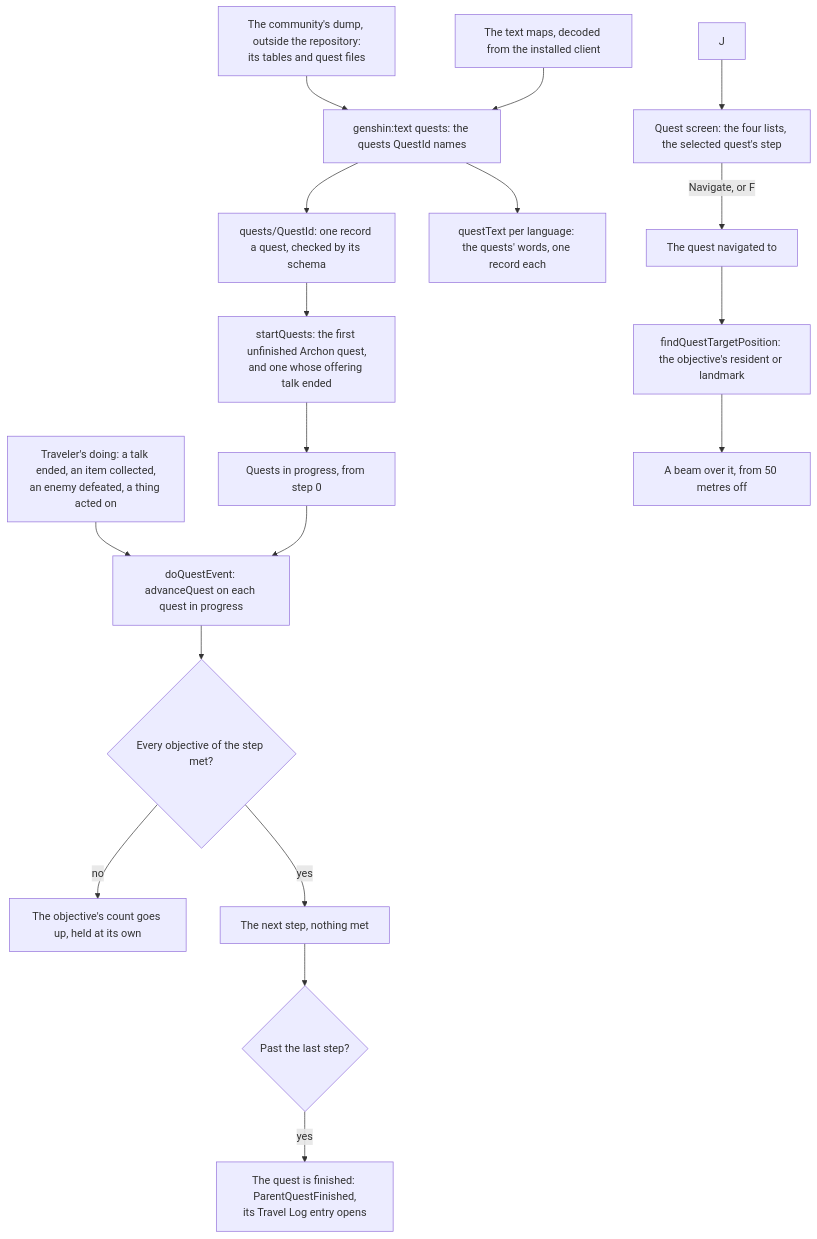
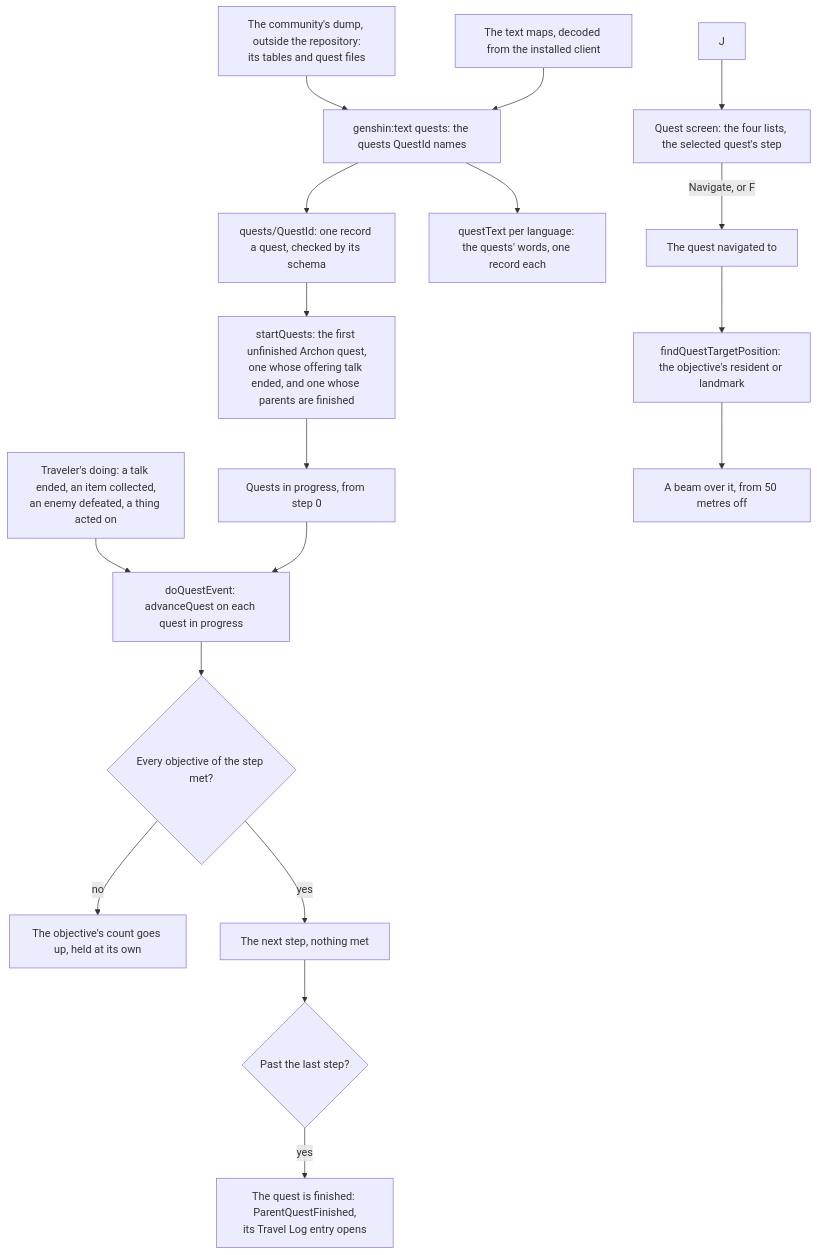
One commit to Esposter/Esposter changed the diagram in openspec/specs/genshin/quests/design.md. Above: the diagram before and after it, drawn with Mermaid. The commit also changed other lines of this file, not shown here.

First line of the commit message:
docs(genshin-quests): a quest with parent quests starts once they are all finished, whether or not a talk offers it

````diff
--- a/openspec/specs/genshin/quests/design.md
+++ b/openspec/specs/genshin/quests/design.md
@@ -7,20 +7,20 @@
 ```mermaid
 flowchart TD
   DUMP["The community's dump, outside the repository:<br/>its tables and quest files"] --> READ["genshin:text quests: the quests QuestId names"]
   DECODE["The text maps, decoded from the installed client"] --> READ
   READ --> FILES["quests/QuestId: one record a quest, checked by its schema"]
   READ --> WORDS["questText per language: the quests' words, one record each"]
-  FILES --> START["startQuests: the first unfinished Archon quest,<br/>and one whose offering talk ended"]
+  FILES --> START["startQuests: the first unfinished Archon quest,<br/>one whose offering talk ended, and one whose parents are finished"]
   START --> PROGRESS["Quests in progress, from step 0"]
   DOING["Traveler's doing: a talk ended, an item collected,<br/>an enemy defeated, a thing acted on"] --> ADVANCE["doQuestEvent: advanceQuest on each quest in progress"]
   PROGRESS --> ADVANCE
   ADVANCE --> MET{"Every objective of the step met?"}
   MET -->|"no"| COUNT["The objective's count goes up, held at its own"]
   MET -->|"yes"| STEP["The next step, nothing met"]
   STEP --> DONE{"Past the last step?"}
   DONE -->|"yes"| FINISHED["The quest is finished: ParentQuestFinished,<br/>its Travel Log entry opens"]
   J["J"] --> SCREEN["Quest screen: the four lists, the selected quest's step"]
   SCREEN -->|"Navigate, or F"| TRACKED["The quest navigated to"]
   TRACKED --> TARGET["findQuestTargetPosition: the objective's resident or landmark"]
   TARGET --> BEAM["A beam over it, from 50 metres off"]
 ```
````
